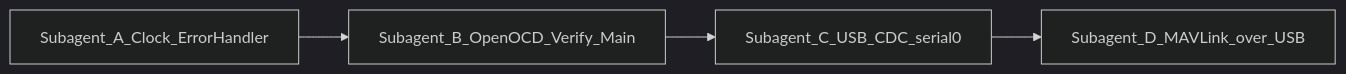
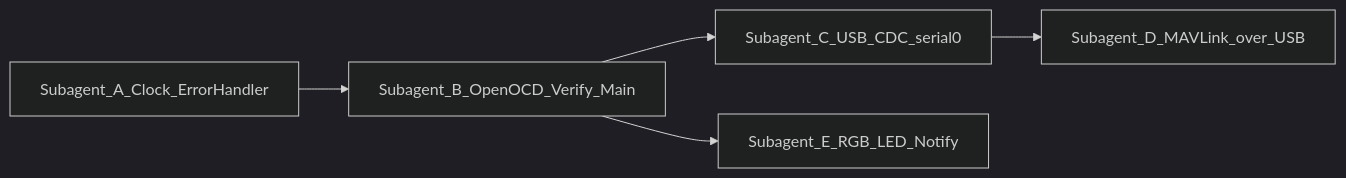
The diagram in .cursor/plans/ardupilot_rtt_移植子任务拆解_68890ec0.plan.md (LuweiLiao/rtt-ardupilot), drawn with Mermaid (dark theme) before and after one commit. The commit also changed other lines of this file and 7 other files, not shown here.

````diff
--- a/.cursor/plans/ardupilot_rtt_移植子任务拆解_68890ec0.plan.md
+++ b/.cursor/plans/ardupilot_rtt_移植子任务拆解_68890ec0.plan.md
@@ -47,6 +79,7 @@
 ```mermaid
 flowchart LR
   A[Subagent_A_Clock_ErrorHandler] --> B[Subagent_B_OpenOCD_Verify_Main]
   B --> C[Subagent_C_USB_CDC_serial0]
   C --> D[Subagent_D_MAVLink_over_USB]
+  B --> E[Subagent_E_RGB_LED_Notify]
 ```
````
